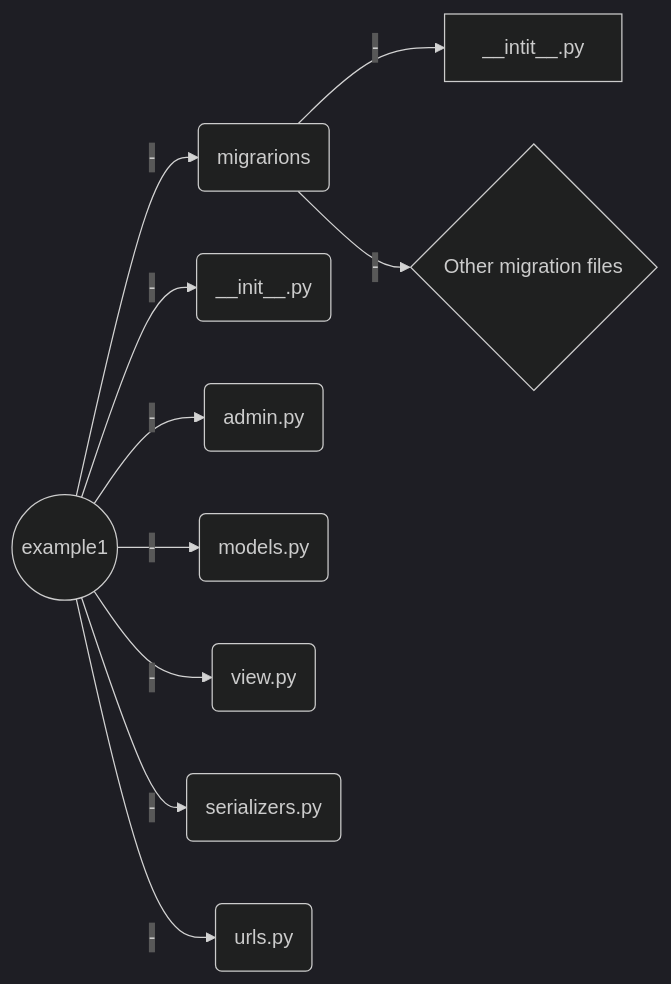
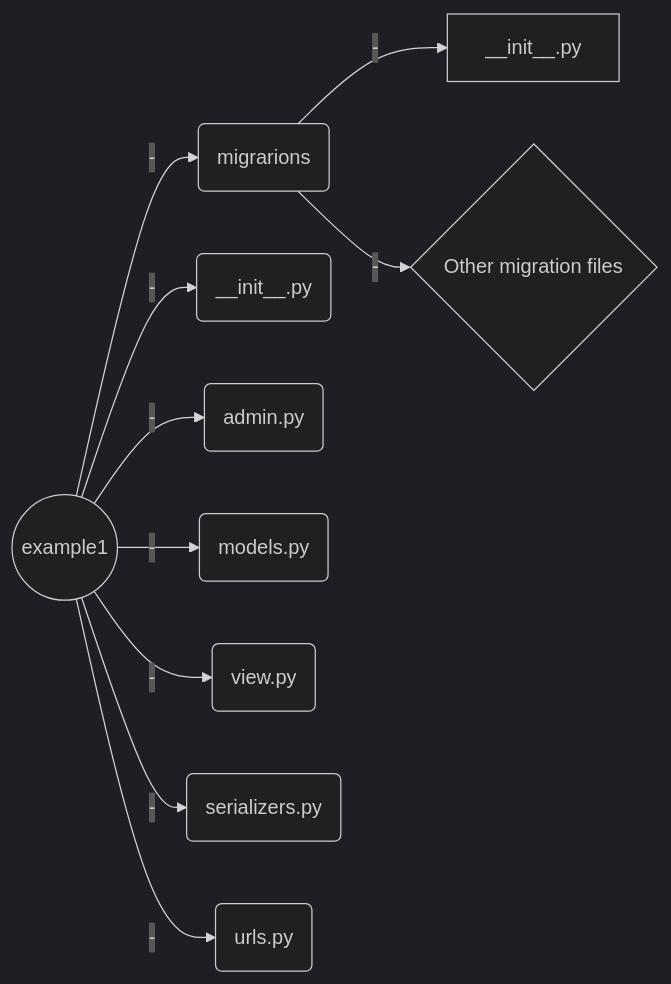
One commit to LooDaHu/ARORA_General_-Introduction changed the first of 3 diagrams in Welcome file.md. Above: the diagram before and after it, drawn with Mermaid (dark theme). The commit also changed other lines of this file, not shown here.

````diff
--- a/Welcome file.md
+++ b/Welcome file.md
@@ -45,12 +45,12 @@
 ```mermaid
 graph LR
 A((example1)) -- - --> B(migrarions) 
-B(migrarions) -- - --> C[__intit__.py]
+B(migrarions) -- - --> C[__init__.py]
 B(migrarions) -- - --> D{Other migration files}
 A((example1)) -- - --> E(__init__.py) 
 A((example1)) -- - --> F(admin.py) 
 A((example1)) -- - --> G(models.py) 
 A((example1)) -- - --> H(view.py)
 A((example1)) -- - --> I(serializers.py)
 A((example1)) -- - --> J(urls.py)
 ```
````
